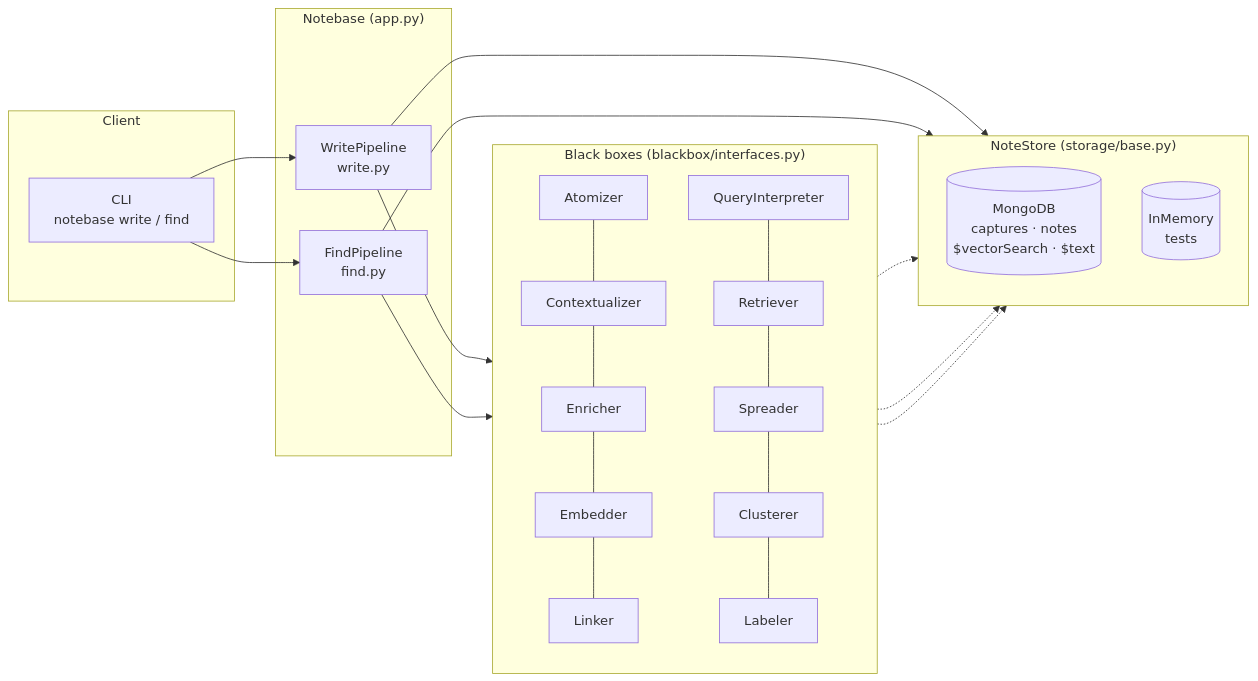
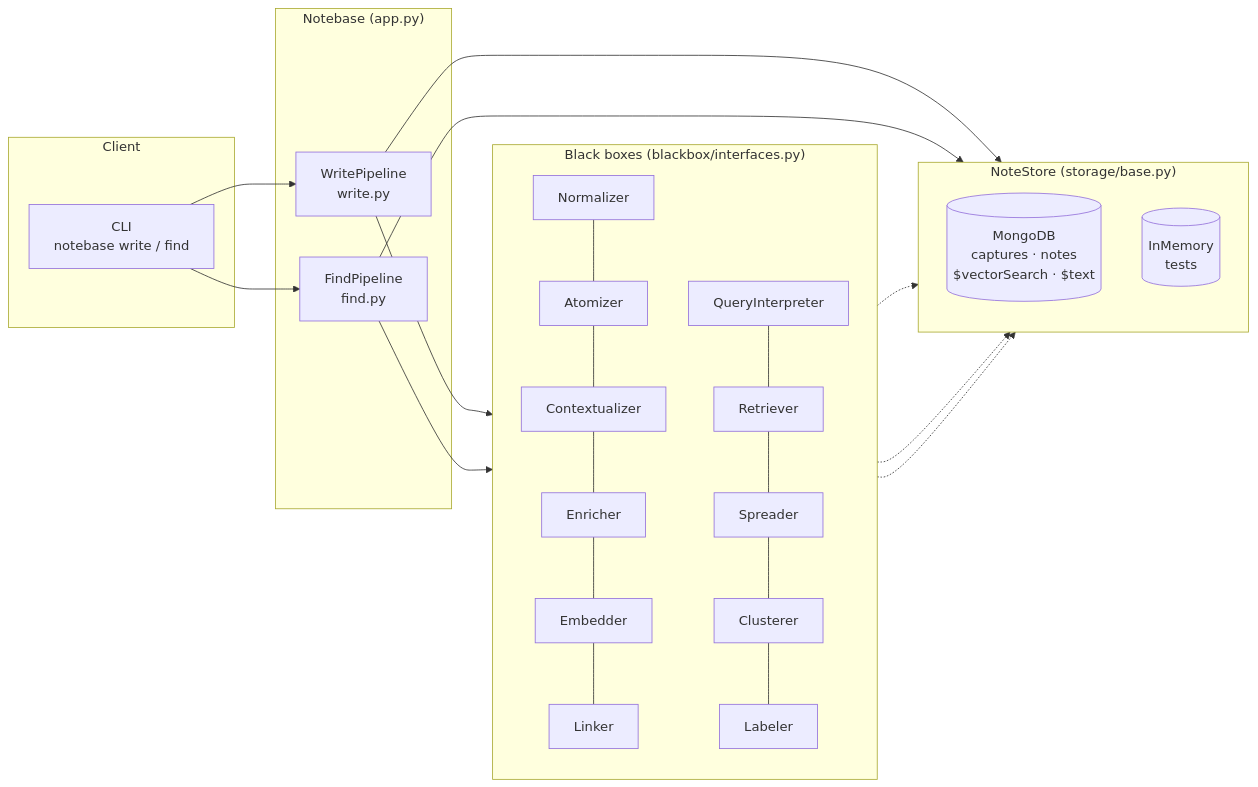
One commit to saltfish-len/Notebase changed the first of 3 diagrams in docs/architecture.md. Above: the diagram before and after it, drawn with Mermaid. The commit also changed other lines of this file and 15 other files, not shown here.

````diff
--- a/docs/architecture.md
+++ b/docs/architecture.md
@@ -14,28 +15,28 @@
 ```mermaid
 flowchart LR
     subgraph Client
         CLI["CLI<br/>notebase write / find"]
     end
 
     subgraph App["Notebase (app.py)"]
         WP["WritePipeline<br/>write.py"]
         FP["FindPipeline<br/>find.py"]
     end
 
     subgraph BB["Black boxes (blackbox/interfaces.py)"]
         direction TB
-        A[Atomizer] --- C[Contextualizer] --- E[Enricher] --- EM[Embedder] --- L[Linker]
+        N[Normalizer] --- A[Atomizer] --- C[Contextualizer] --- E[Enricher] --- EM[Embedder] --- L[Linker]
         QI[QueryInterpreter] --- R[Retriever] --- S[Spreader] --- CL[Clusterer] --- LB[Labeler]
     end
 
     subgraph Storage["NoteStore (storage/base.py)"]
         M[("MongoDB<br/>captures · notes<br/>$vectorSearch · $text")]
         MEM[("InMemory<br/>tests")]
     end
 
     CLI --> WP & FP
-    WP --> A
+    WP --> N
     FP --> QI
     WP & FP --> Storage
     L & R & S -.-> Storage
 ```
````
